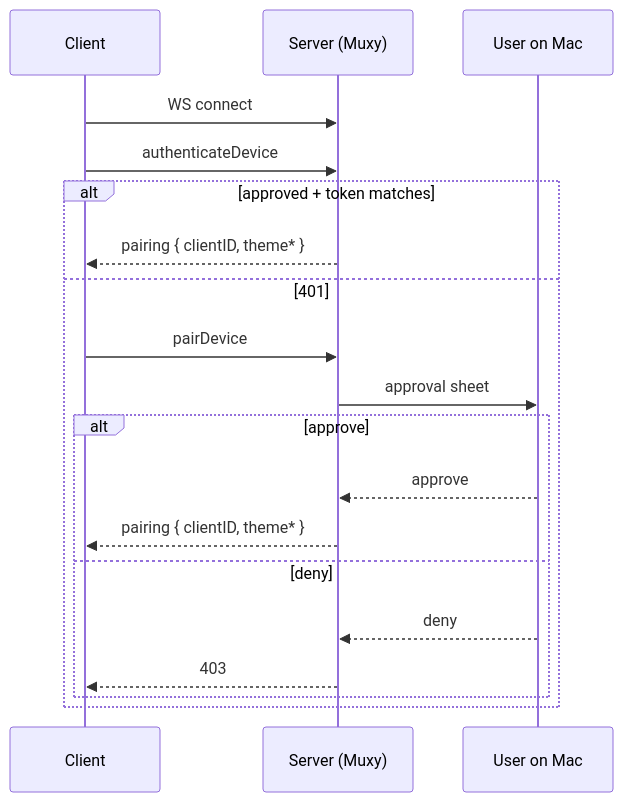
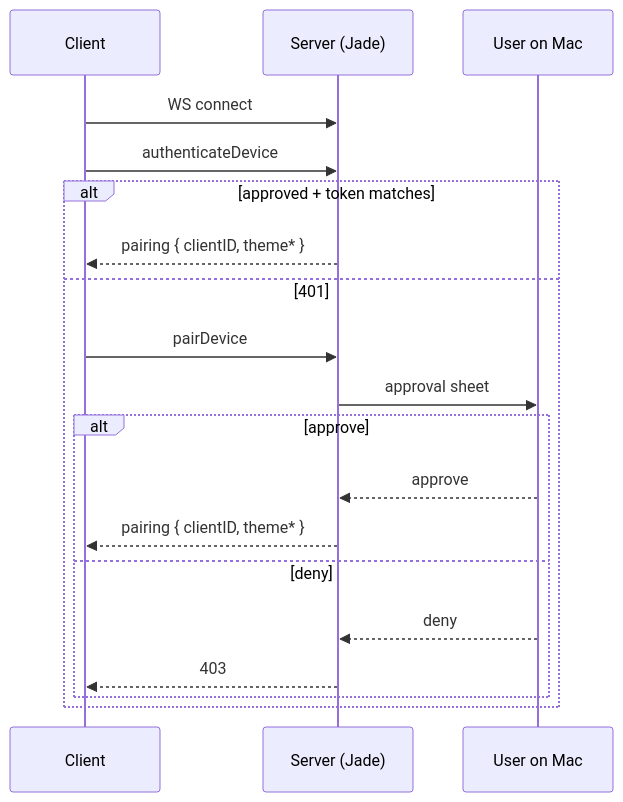
Before and after one commit to dot-RealityTest/jade: the diagram in docs/features/remote-server/pairing.md, drawn with Mermaid. The commit also changed 21 other files, not shown here.

Commit message:
Prefer .jade/ project config with .muxy/ fallback and finish Jade naming in UI and docs.

````diff
--- a/docs/features/remote-server/pairing.md
+++ b/docs/features/remote-server/pairing.md
@@ -11,22 +11,22 @@
 ```mermaid
 sequenceDiagram
   participant C as Client
-  participant S as Server (Muxy)
+  participant S as Server (Jade)
   participant U as User on Mac
 
   C->>S: WS connect
   C->>S: authenticateDevice
   alt approved + token matches
     S-->>C: pairing { clientID, theme* }
   else 401
     C->>S: pairDevice
     S->>U: approval sheet
     alt approve
       U-->>S: approve
       S-->>C: pairing { clientID, theme* }
     else deny
       U-->>S: deny
       S-->>C: 403
     end
   end
 ```
````
